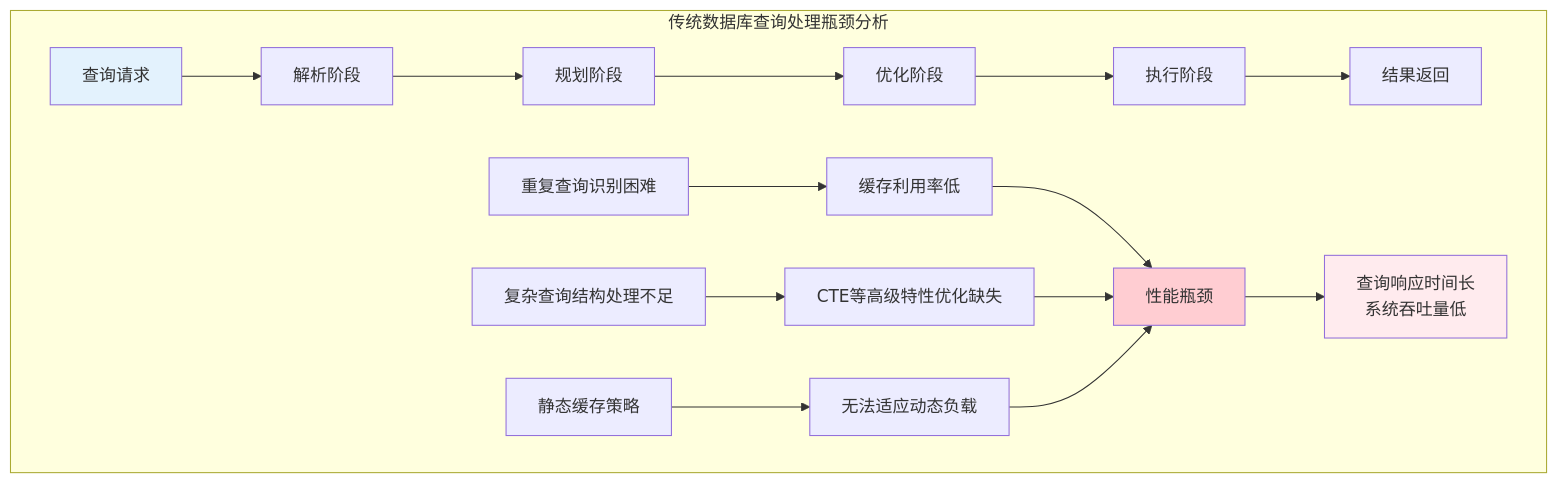
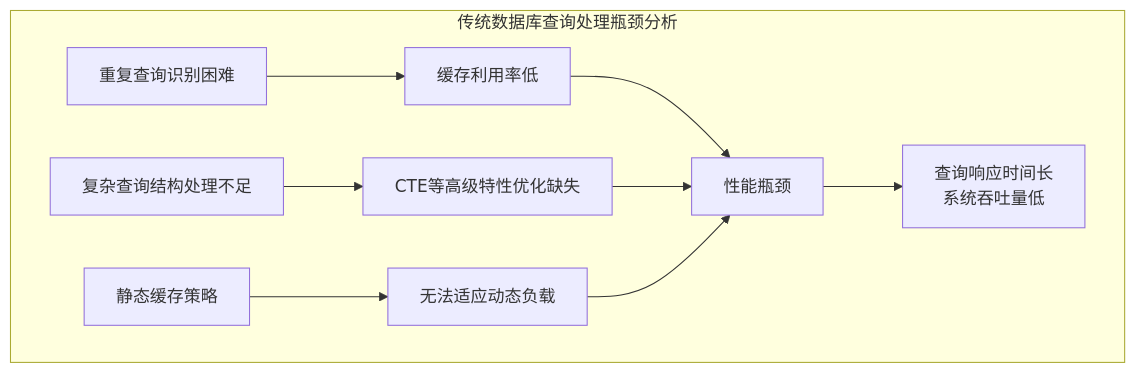
One commit to crazypenguincode/duckdb changed the first of 3 diagrams in md/第一章-绪论.md. Above: the diagram before and after it, drawn with Mermaid. The commit also changed other lines of this file and 30 other files, not shown here.

````diff
--- a/md/第一章-绪论.md
+++ b/md/第一章-绪论.md
@@ -11,24 +11,16 @@
 ```mermaid
 graph TD
     subgraph "传统数据库查询处理瓶颈分析"
-        A[查询请求] --> B[解析阶段]
-        B --> C[规划阶段]
-        C --> D[优化阶段]
-        D --> E[执行阶段]
-        E --> F[结果返回]
         
         G[重复查询识别困难] --> H[缓存利用率低]
         I[复杂查询结构处理不足] --> J[CTE等高级特性优化缺失]
         K[静态缓存策略] --> L[无法适应动态负载]
         
         H --> M[性能瓶颈]
         J --> M
         L --> M
         
         M --> N[查询响应时间长<br/>系统吞吐量低]
     end
-    
-    style A fill:#e3f2fd
-    style M fill:#ffcdd2
-    style N fill:#ffebee
+
 ```
````
